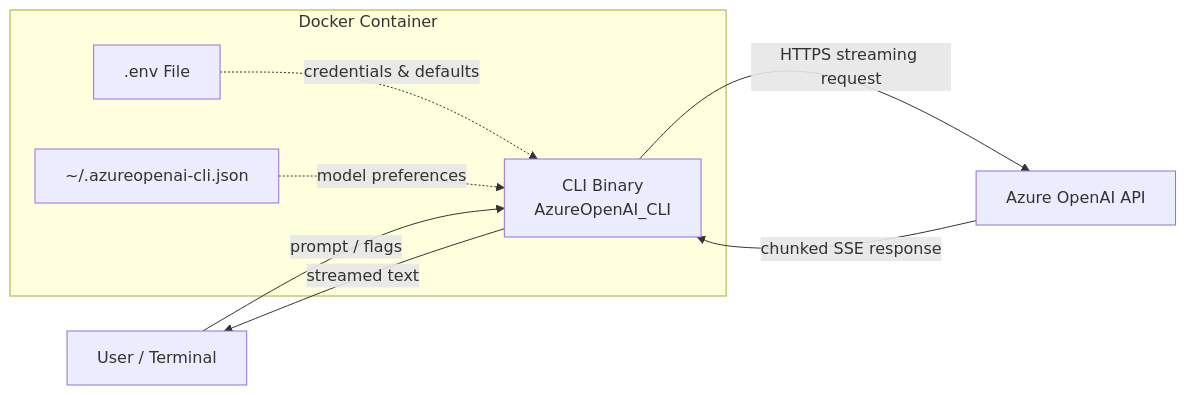
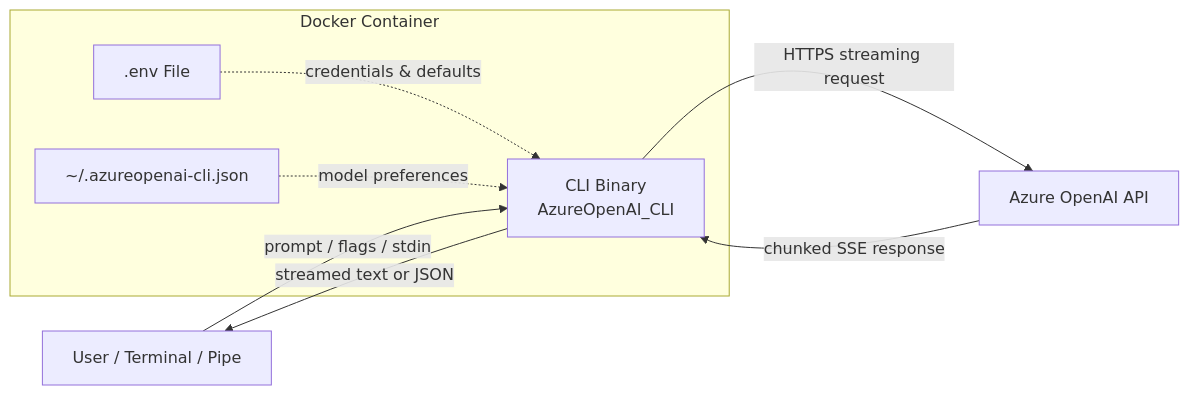
The first of 3 diagrams in ARCHITECTURE.md (SchwartzKamel/azure-openai-cli), drawn with Mermaid before and after one commit. The commit also changed other lines of this file, not shown here.

First line of the commit message:
docs: update ARCHITECTURE.md with all recent CLI additions

````diff
--- a/ARCHITECTURE.md
+++ b/ARCHITECTURE.md
@@ -17,17 +17,17 @@
 ```mermaid
 flowchart LR
-    User[User / Terminal]
+    User[User / Terminal / Pipe]
     subgraph Docker Container
         CLI[CLI Binary<br/>AzureOpenAI_CLI]
         ENV[.env File]
         CFG[~/.azureopenai-cli.json]
     end
     API[Azure OpenAI API]
 
-    User -->|prompt / flags| CLI
+    User -->|prompt / flags / stdin| CLI
     ENV -.->|credentials & defaults| CLI
     CFG -.->|model preferences| CLI
     CLI -->|HTTPS streaming request| API
     API -->|chunked SSE response| CLI
-    CLI -->|streamed text| User
+    CLI -->|streamed text or JSON| User
 ```
````
